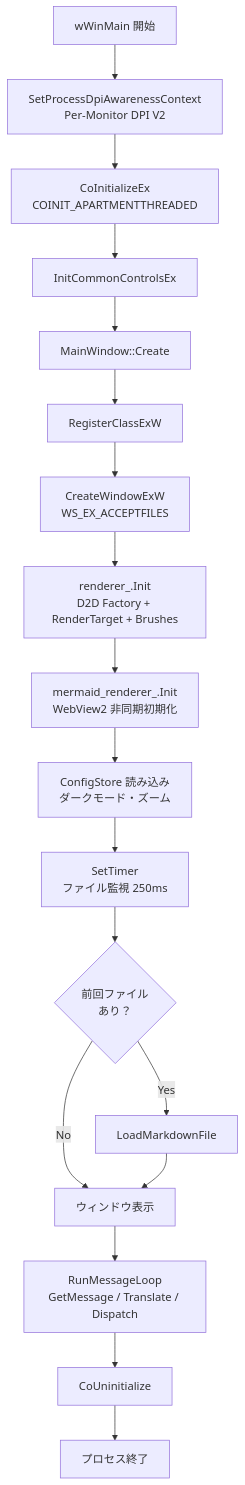
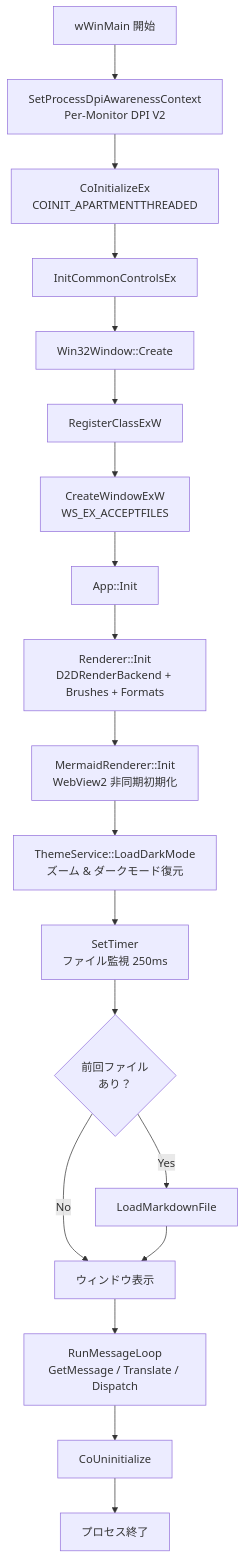
Before and after one commit to tanaton/mendo: diagram 17 of 27 in test.md, drawn with Mermaid. The commit also changed other lines of this file, not shown here.

````diff
--- a/test.md
+++ b/test.md
@@ -810,22 +1302,23 @@
 ```mermaid
 flowchart TD
     START[wWinMain 開始] --> DPI[SetProcessDpiAwarenessContext<br>Per-Monitor DPI V2]
     DPI --> COM[CoInitializeEx<br>COINIT_APARTMENTTHREADED]
     COM --> ICC[InitCommonControlsEx]
-    ICC --> CREATE[MainWindow::Create]
+    ICC --> CREATE[Win32Window::Create]
 
     CREATE --> REG[RegisterClassExW]
     REG --> WND[CreateWindowExW<br>WS_EX_ACCEPTFILES]
-    WND --> D2D[renderer_.Init<br>D2D Factory + RenderTarget + Brushes]
-    D2D --> MERM[mermaid_renderer_.Init<br>WebView2 非同期初期化]
-    MERM --> CFG[ConfigStore 読み込み<br>ダークモード・ズーム]
+    WND --> INIT[App::Init]
+    INIT --> D2D[Renderer::Init<br>D2DRenderBackend + Brushes + Formats]
+    D2D --> MERM[MermaidRenderer::Init<br>WebView2 非同期初期化]
+    MERM --> CFG[ThemeService::LoadDarkMode<br>ズーム & ダークモード復元]
     CFG --> TIMER[SetTimer<br>ファイル監視 250ms]
     TIMER --> LAST{前回ファイル<br>あり？}
     LAST -->|Yes| LOAD[LoadMarkdownFile]
     LAST -->|No| SHOW[ウィンドウ表示]
     LOAD --> SHOW
 
     SHOW --> LOOP[RunMessageLoop<br>GetMessage / Translate / Dispatch]
     LOOP --> EXIT[CoUninitialize]
     EXIT --> END[プロセス終了]
 ```
````
